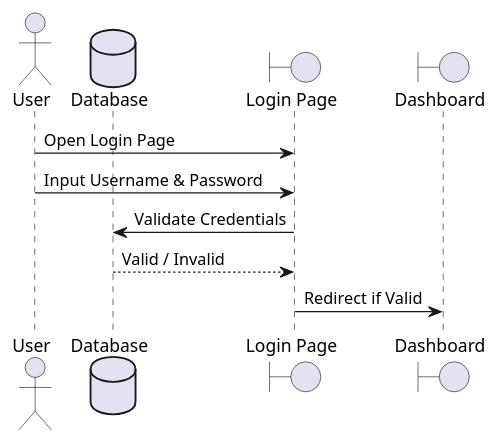
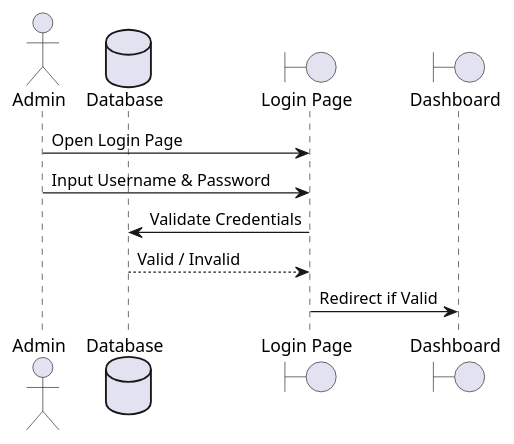
One commit to ren-zi-fa/spk-ahp-gis changed the diagram in diagram/sq-1.puml. Above: the diagram before and after it, drawn with PlantUML. The commit also changed 14 other files, not shown here.

```diff
--- a/diagram/sq-1.puml
+++ b/diagram/sq-1.puml
@@ -1,12 +1,12 @@
 @startuml
-actor User
+actor Admin
 database Database
 boundary "Login Page" as LoginPage
 boundary "Dashboard" as Dashboard
 
-User -> LoginPage : Open Login Page
-User -> LoginPage : Input Username & Password
+Admin -> LoginPage : Open Login Page
+Admin -> LoginPage : Input Username & Password
 LoginPage -> Database : Validate Credentials
 Database --> LoginPage : Valid / Invalid
 LoginPage -> Dashboard : Redirect if Valid
 @enduml
```
